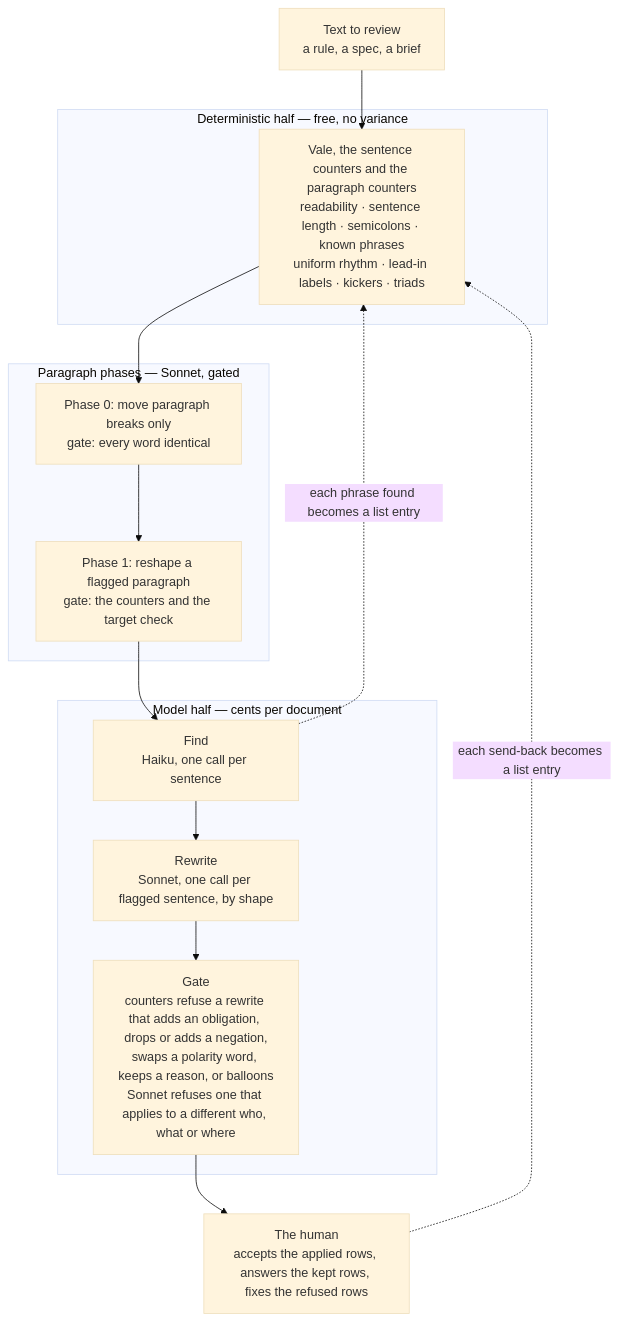
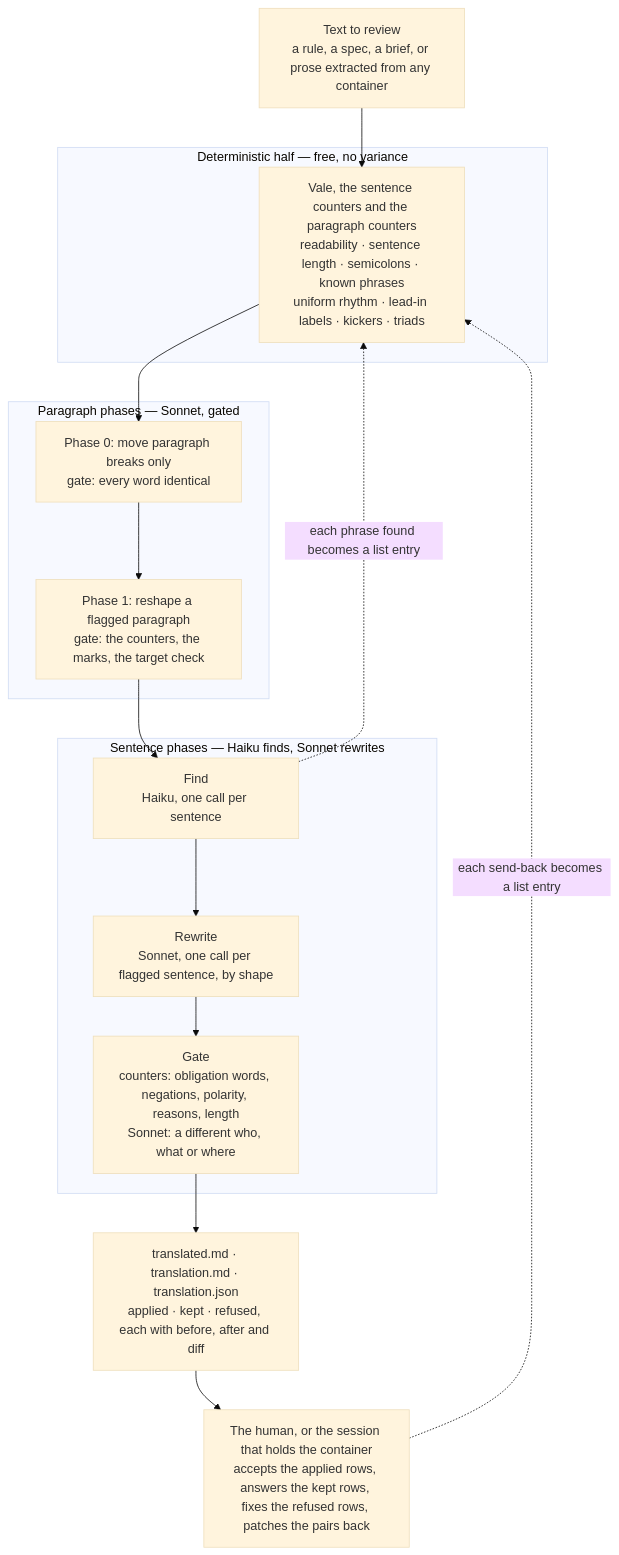
The diagram in README.md (Fermi-Ventures/claudian-translator), drawn with Mermaid (base theme) before and after one commit. The commit also changed other lines of this file and 2 other files, not shown here.

Commit message:
README rewritten whole: both levels, what a run does, what you get back, containers, workflow with the paragraph phases and the outputs; lead-in counter exempts list items; estimate rows refreshed

````diff
--- a/README.md
+++ b/README.md
@@ -52,24 +80,24 @@
 ```mermaid
 flowchart TB
-  T["Text to review\na rule, a spec, a brief"] --> V
+  T["Text to review\na rule, a spec, a brief, or prose extracted from any container"] --> V
   subgraph D["Deterministic half — free, no variance"]
     V["Vale, the sentence counters and the paragraph counters\nreadability · sentence length · semicolons · known phrases\nuniform rhythm · lead-in labels · kickers · triads"]
   end
   subgraph S["Paragraph phases — Sonnet, gated"]
     B["Phase 0: move paragraph breaks only\ngate: every word identical"]
-    R["Phase 1: reshape a flagged paragraph\ngate: the counters and the target check"]
+    R["Phase 1: reshape a flagged paragraph\ngate: the counters, the marks, the target check"]
     B --> R
   end
   V --> B
   R --> F
-  subgraph M["Model half — cents per document"]
+  subgraph M["Sentence phases — Haiku finds, Sonnet rewrites"]
     F["Find\nHaiku, one call per sentence"]
     W["Rewrite\nSonnet, one call per flagged sentence, by shape"]
-    C["Gate\ncounters refuse a rewrite that adds an obligation, drops or adds a negation,\nswaps a polarity word, keeps a reason, or balloons\nSonnet refuses one that applies to a different who, what or where"]
+    C["Gate\ncounters: obligation words, negations, polarity, reasons, length\nSonnet: a different who, what or where"]
     F --> W --> C
   end
-  C --> H
-  H["The human\naccepts the applied rows, answers the kept rows, fixes the refused rows"]
+  C --> O["translated.md · translation.md · translation.json\napplied · kept · refused, each with before, after and diff"]
+  O --> H["The human, or the session that holds the container\naccepts the applied rows, answers the kept rows, fixes the refused rows, patches the pairs back"]
   F -. "each phrase found becomes a list entry" .-> V
   H -. "each send-back becomes a list entry" .-> V
 ```
````
